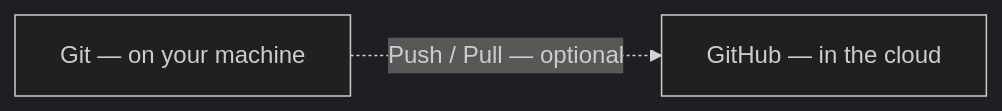
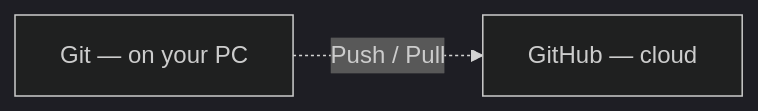
Before and after one commit to Ackii-Lo/2627-weekly-session: diagram 11 of 16 in Contents/S02-20261030-Git/Slides.md, drawn with Mermaid (dark theme). The commit also changed other lines of this file and 2 other files, not shown here.

````diff
--- a/Contents/S02-20261030-Git/Slides.md
+++ b/Contents/S02-20261030-Git/Slides.md
@@ -581,6 +594,6 @@
 ```mermaid
 graph LR
-  L["Git — on your machine"]
-  GH["GitHub — in the cloud"]
-  L -.->|"Push / Pull — optional"| GH
+  L["Git — on your PC"]
+  GH["GitHub — cloud"]
+  L -.->|"Push / Pull"| GH
 ```
````
